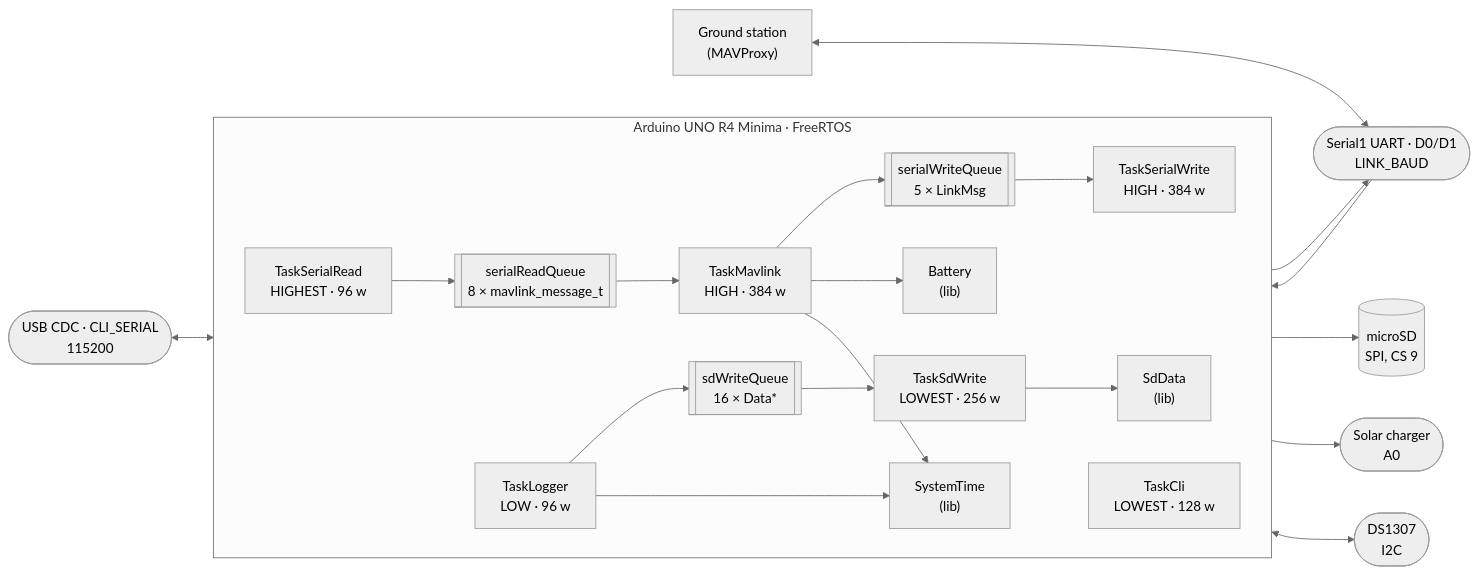
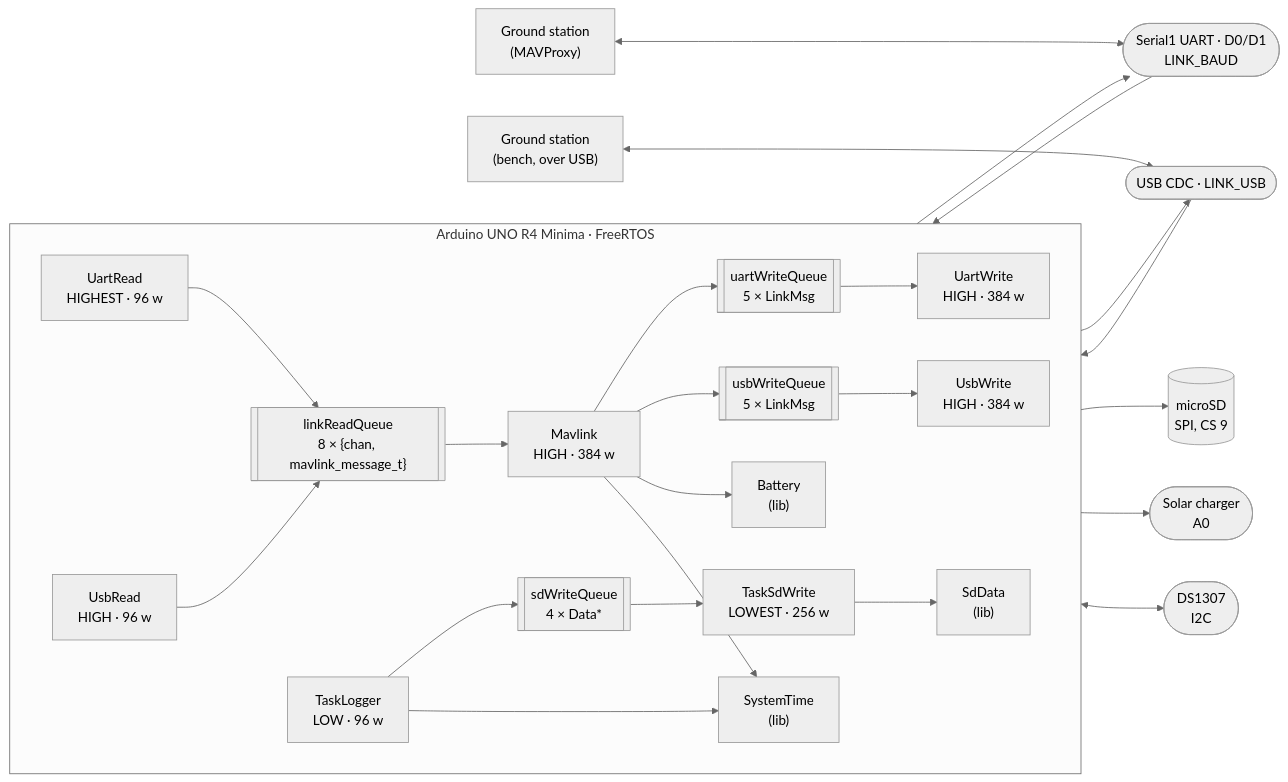
The diagram in ARCHITECTURE.md (hectorespert/BoredomOS), drawn with Mermaid (neutral theme) before and after one commit. The commit also changed other lines of this file and 30 other files, not shown here.

````diff
--- a/ARCHITECTURE.md
+++ b/ARCHITECTURE.md
@@ -31,47 +31,53 @@
 ```mermaid
 flowchart LR
     GCS["Ground station<br/>(MAVProxy)"]
 
     subgraph board["Arduino UNO R4 Minima · FreeRTOS"]
         direction LR
 
-        SR["TaskSerialRead<br/>HIGHEST · 96 w"]
-        SW["TaskSerialWrite<br/>HIGH · 384 w"]
-        MV["TaskMavlink<br/>HIGH · 384 w"]
+        UR["UartRead<br/>HIGHEST · 96 w"]
+        UW["UartWrite<br/>HIGH · 384 w"]
+        BR["UsbRead<br/>HIGH · 96 w"]
+        BW["UsbWrite<br/>HIGH · 384 w"]
+        MV["Mavlink<br/>HIGH · 384 w"]
         LG["TaskLogger<br/>LOW · 96 w"]
         SDW["TaskSdWrite<br/>LOWEST · 256 w"]
-        CLI["TaskCli<br/>LOWEST · 128 w"]
 
-        RQ[["serialReadQueue<br/>8 × mavlink_message_t"]]
-        WQ[["serialWriteQueue<br/>5 × LinkMsg"]]
-        DQ[["sdWriteQueue<br/>16 × Data*"]]
+        RQ[["linkReadQueue<br/>8 × {chan, mavlink_message_t}"]]
+        UWQ[["uartWriteQueue<br/>5 × LinkMsg"]]
+        BWQ[["usbWriteQueue<br/>5 × LinkMsg"]]
+        DQ[["sdWriteQueue<br/>4 × Data*"]]
 
         BAT["Battery<br/>(lib)"]
         ST["SystemTime<br/>(lib)"]
         SDD["SdData<br/>(lib)"]
     end
 
     LINK(["Serial1 UART · D0/D1<br/>LINK_BAUD"])
+    USB(["USB CDC · LINK_USB"])
     CARD[("microSD<br/>SPI, CS 9")]
     ADC(["Solar charger<br/>A0"])
     RTC(["DS1307<br/>I2C"])
-    CONSOLE(["USB CDC · CLI_SERIAL<br/>115200"])
 
     GCS <--> LINK
-    LINK --> SR
-    SW --> LINK
+    GCS2["Ground station<br/>(bench, over USB)"] <--> USB
 
-    CONSOLE <--> CLI
+    LINK --> UR
+    UW --> LINK
+    USB --> BR
+    BW --> USB
 
-    SR --> RQ --> MV
-    MV --> WQ
-    WQ --> SW
+    UR --> RQ
+    BR --> RQ
+    RQ --> MV
+    MV --> UWQ --> UW
+    MV --> BWQ --> BW
 
     LG --> DQ --> SDW
     SDW --> SDD --> CARD
 
     MV --> BAT --> ADC
     MV --> ST
     LG --> ST
     ST <--> RTC
 ```
````
